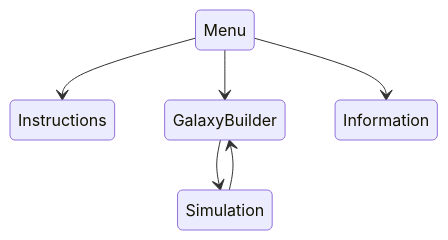
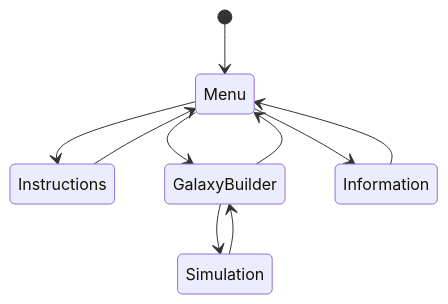
One commit to NoahMSchool/SwiftPlanets changed the first of 4 diagrams in WRITEUP.md. Above: the diagram before and after it, drawn with Mermaid. The commit also changed other lines of this file, not shown here.

````diff
--- a/WRITEUP.md
+++ b/WRITEUP.md
@@ -517,8 +236,15 @@
 ```mermaid
 stateDiagram-v2
+	[*] --> Menu
     Menu --> Instructions
+    Instructions --> Menu
+    
     GalaxyBuilder --> Simulation
     Simulation --> GalaxyBuilder
+    
     Menu --> Information
+    Information --> Menu
+
     Menu --> GalaxyBuilder
+    GalaxyBuilder --> Menu
 ```
````
